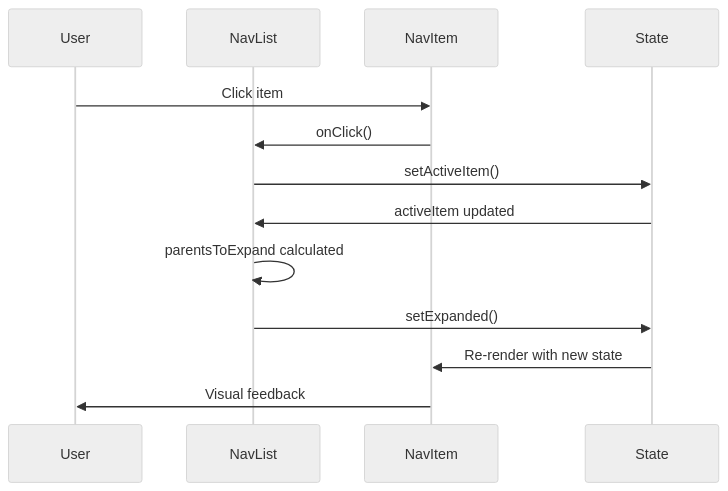
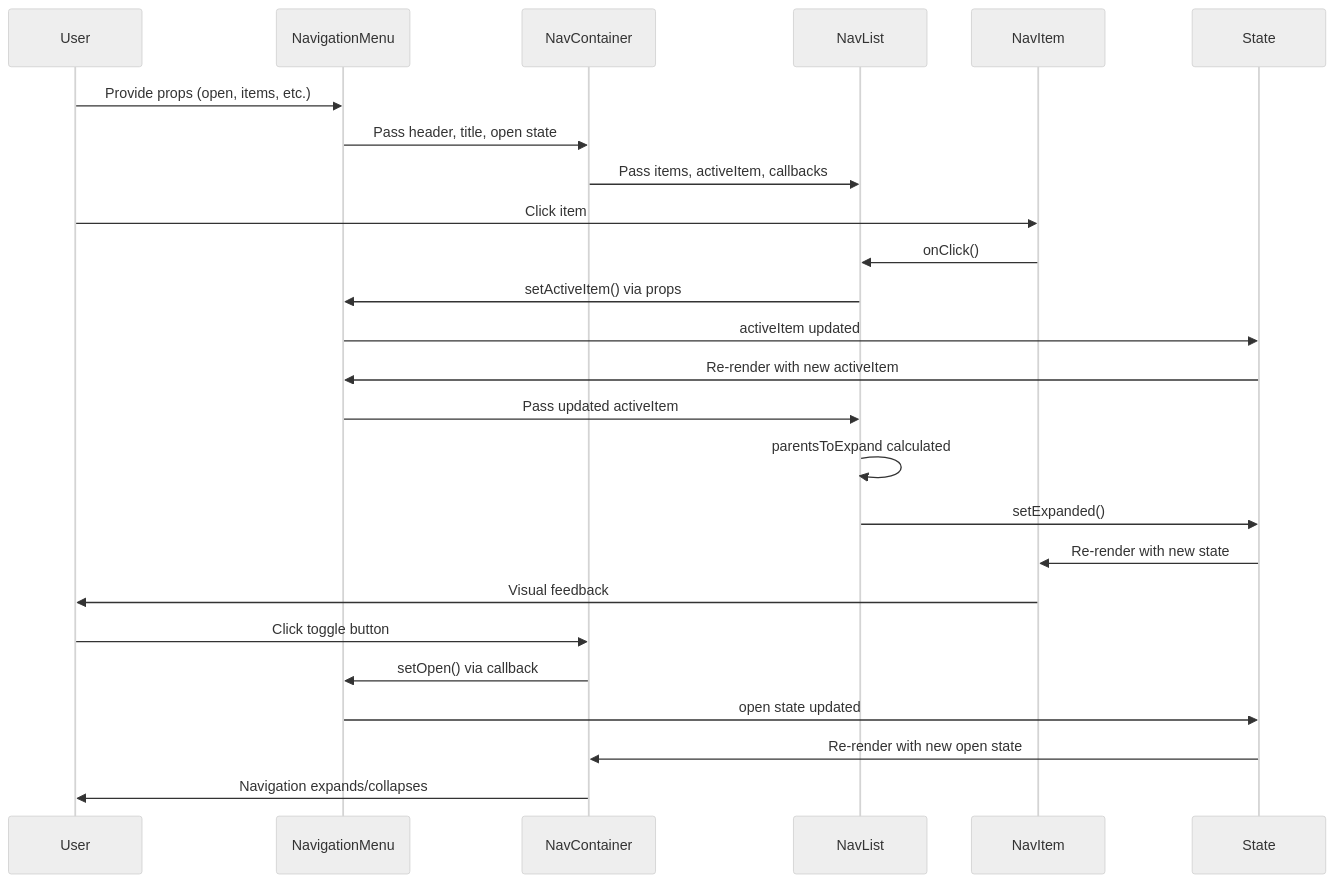
Before and after one commit to grommet/hpe-design-system: the second of 2 diagrams in aries-core/src/js/components/core/NavigationMenu/DOCUMENTATION.md, drawn with Mermaid (neutral theme). The commit also changed other lines of this file, not shown here.

````diff
--- a/aries-core/src/js/components/core/NavigationMenu/DOCUMENTATION.md
+++ b/aries-core/src/js/components/core/NavigationMenu/DOCUMENTATION.md
@@ -210,16 +314,30 @@
 ```mermaid
 sequenceDiagram
     participant User
+    participant NavigationMenu
+    participant NavContainer
     participant NavList
     participant NavItem
     participant State
 
+    User->>NavigationMenu: Provide props (open, items, etc.)
+    NavigationMenu->>NavContainer: Pass header, title, open state
+    NavContainer->>NavList: Pass items, activeItem, callbacks
+
     User->>NavItem: Click item
     NavItem->>NavList: onClick()
-    NavList->>State: setActiveItem()
-    State->>NavList: activeItem updated
+    NavList->>NavigationMenu: setActiveItem() via props
+    NavigationMenu->>State: activeItem updated
+    State->>NavigationMenu: Re-render with new activeItem
+    NavigationMenu->>NavList: Pass updated activeItem
     NavList->>NavList: parentsToExpand calculated
     NavList->>State: setExpanded()
     State->>NavItem: Re-render with new state
     NavItem->>User: Visual feedback
+
+    User->>NavContainer: Click toggle button
+    NavContainer->>NavigationMenu: setOpen() via callback
+    NavigationMenu->>State: open state updated
+    State->>NavContainer: Re-render with new open state
+    NavContainer->>User: Navigation expands/collapses
 ```
````
